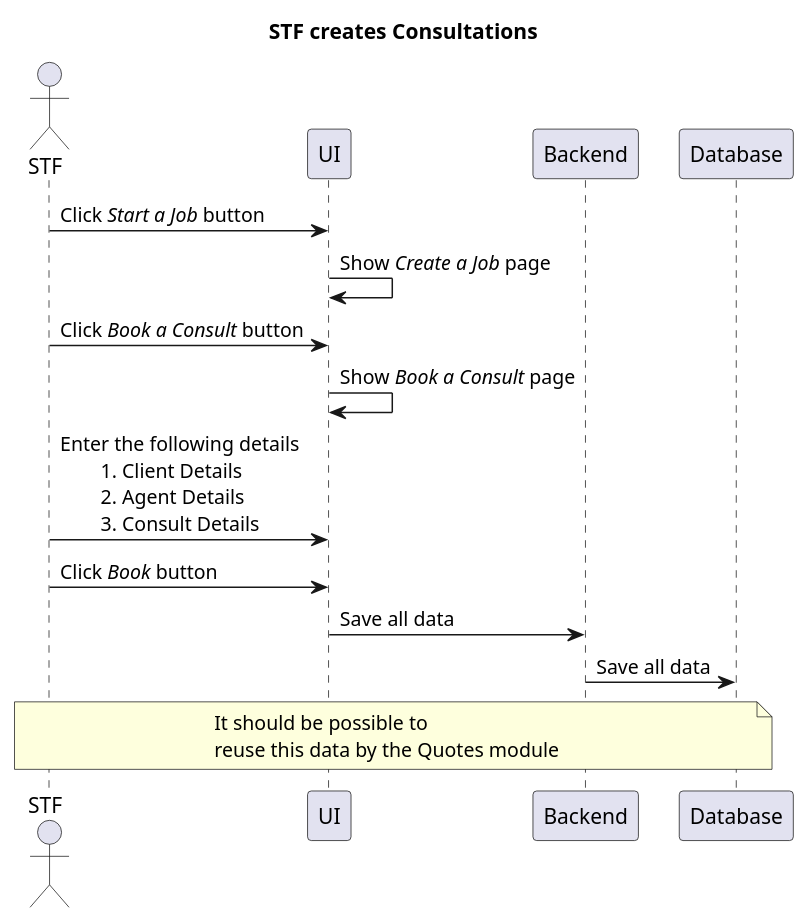
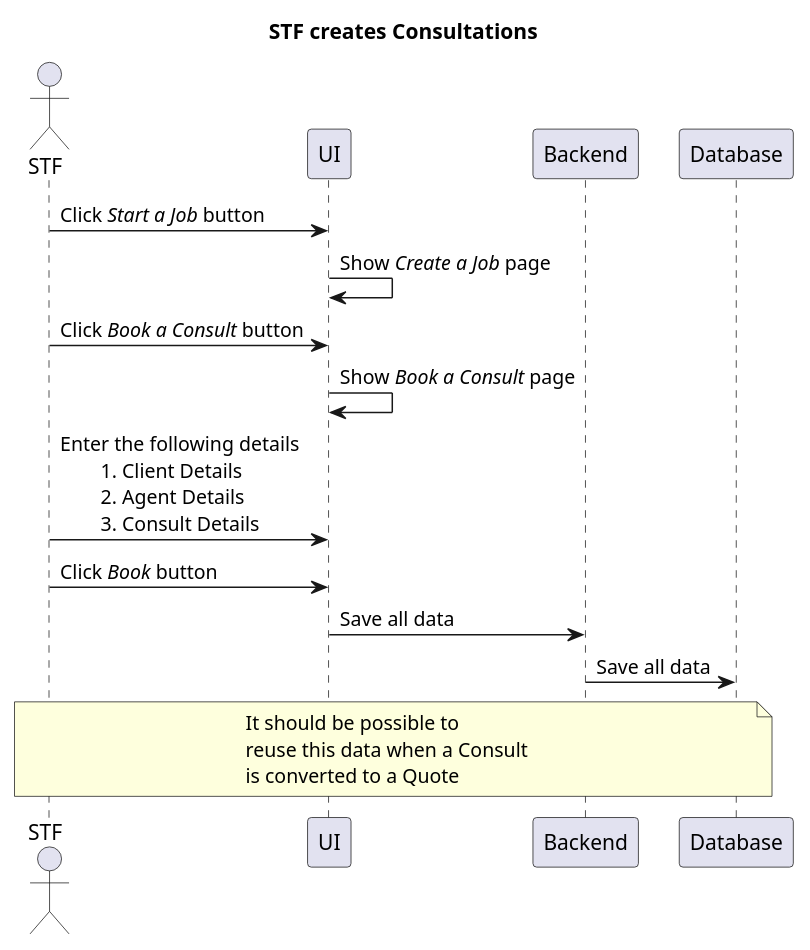
One commit to jpgacrama/NovariSpecs changed the diagram in STF/STF_CreateConsultations.pu. Above: the diagram before and after it, drawn with PlantUML. The commit also changed 2 other files, not shown here.

Commit message:
master: Started to edit specs based on changes to flow

```diff
--- a/STF/STF_CreateConsultations.pu
+++ b/STF/STF_CreateConsultations.pu
@@ -3,21 +3,22 @@
 @startuml
     title STF creates Consultations
 
     actor "STF" as STF
 
     STF  -> UI: Click //Start a Job// button
     UI -> UI: Show //Create a Job// page
     STF -> UI: Click //Book a Consult// button
     UI -> UI: Show //Book a Consult// page
     STF -> UI: Enter the following details\n\t1. Client Details\n\t2. Agent Details\n\t3. Consult Details
 
     STF -> UI: Click //Book// button
 
     UI -> Backend: Save all data
     Backend -> Database: Save all data
 
     note over STF, Database 
         It should be possible to
-        reuse this data by the Quotes module
+        reuse this data when a Consult
+        is converted to a Quote
     end note
 @enduml
```
